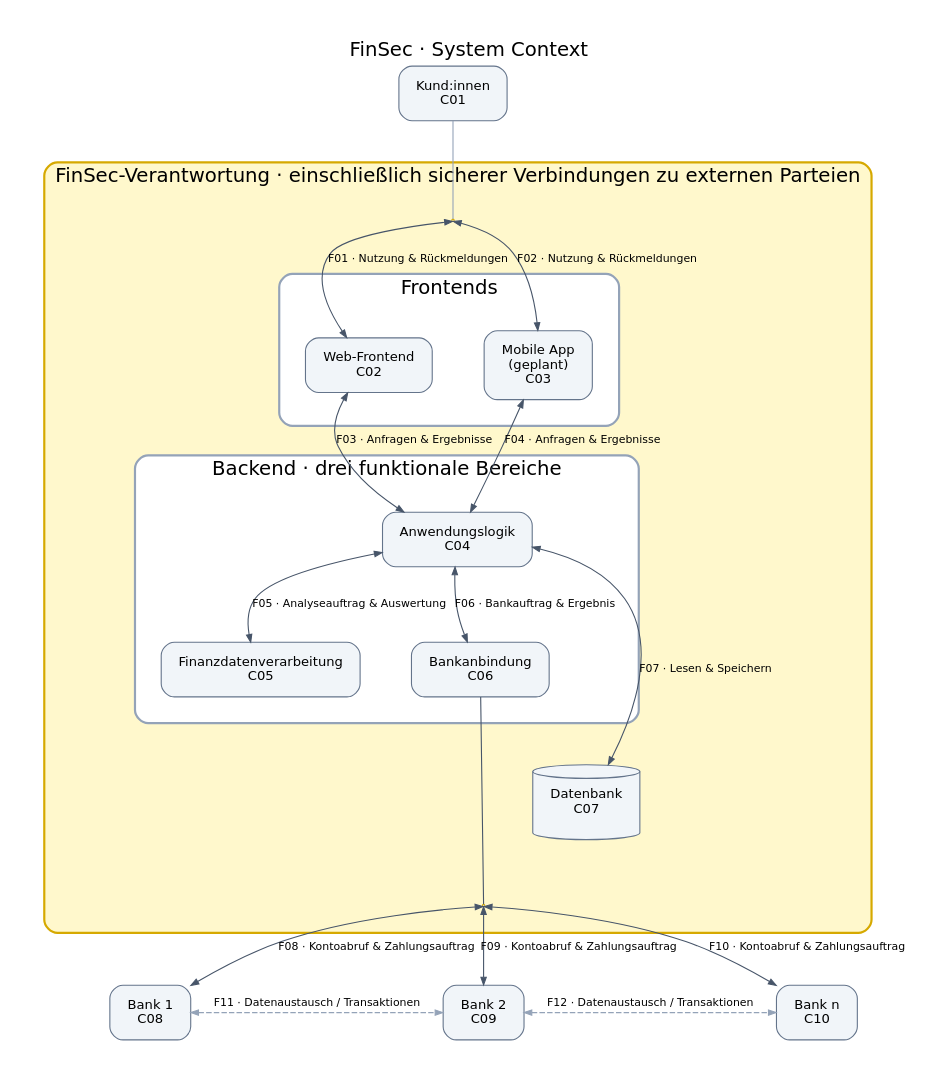
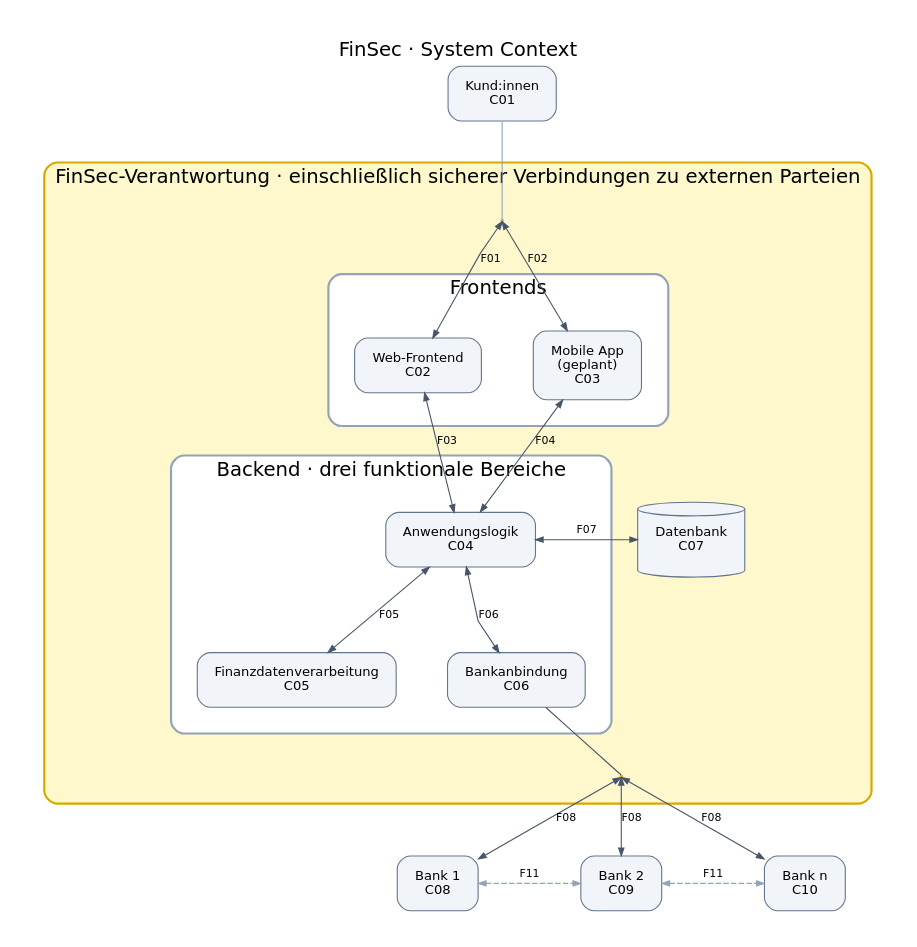
Before and after one commit to niklas9234/sichso_work: the diagram in finsec.formatted.dot, drawn with Graphviz. The commit also changed 5 other files, not shown here.

Commit message:
Simplify diagram flows and add linked Markdown component tables

```diff
--- a/finsec.formatted.dot
+++ b/finsec.formatted.dot
@@ -1,168 +1,173 @@
 digraph FinSec {
 	graph [bgcolor=white,
 		compound=true,
 		fontname="DejaVu Sans",
 		fontsize=18,
 		label="FinSec · System Context",
 		labelloc=t,
+		newrank=true,
 		nodesep=0.65,
 		pad=0.35,
 		rankdir=TB,
-		ranksep=0.8
+		ranksep=0.8,
+		splines=polyline
 	];
 	node [color="#64748b",
 		fillcolor="#f1f5f9",
 		fontname="DejaVu Sans",
 		fontsize=12,
 		label="\N",
 		margin="0.22,0.16",
 		shape=box,
 		style="rounded,filled",
 		target=_top
 	];
 	edge [arrowsize=0.7,
 		color="#475569",
 		dir=both,
 		fontname="DejaVu Sans",
 		fontsize=10,
 		target=_top
 	];
 	{
 		graph [rank=same];
-		C08	[URL="System%20Context.html#description-C08",
+		C08	[URL="System%20Context.md#C08",
 			id=C08,
 			label="Bank 1\nC08",
 			tooltip="Bank 1 – Beschreibung"];
-		C09	[URL="System%20Context.html#description-C09",
+		C09	[URL="System%20Context.md#C09",
 			id=C09,
 			label="Bank 2\nC09",
 			tooltip="Bank 2 – Beschreibung"];
-		C10	[URL="System%20Context.html#description-C10",
+		C10	[URL="System%20Context.md#C10",
 			id=C10,
 			label="Bank n\nC10",
 			tooltip="Bank n – Beschreibung"];
 	}
 	subgraph cluster_responsibility {
 		graph [color="#d6a900",
 			fillcolor="#fff8cc",
 			label="FinSec-Verantwortung · einschließlich sicherer Verbindungen zu externen Parteien",
 			margin=24,
 			penwidth=2,
 			style="rounded,filled"
 		];
+		{
+			graph [rank=same];
+			C04	[URL="System%20Context.md#C04",
+				id=C04,
+				label="Anwendungslogik\nC04",
+				tooltip="Anwendungslogik – Beschreibung"];
+			C07	[URL="System%20Context.md#C07",
+				id=C07,
+				label="Datenbank\nC07",
+				shape=cylinder,
+				tooltip="Datenbank – Beschreibung"];
+		}
 		subgraph cluster_frontends {
 			graph [color="#94a3b8",
 				fillcolor="#ffffff",
 				label=Frontends
 			];
 			{
 				graph [rank=same];
-				C02	[URL="System%20Context.html#description-C02",
+				C02	[URL="System%20Context.md#C02",
 					id=C02,
 					label="Web-Frontend\nC02",
 					tooltip="Web-Frontend – Beschreibung"];
-				C03	[URL="System%20Context.html#description-C03",
+				C03	[URL="System%20Context.md#C03",
 					id=C03,
 					label="Mobile App\n(geplant)\nC03",
 					tooltip="Mobile App (geplant) – Beschreibung"];
 			}
 		}
 		subgraph cluster_backend {
 			graph [color="#94a3b8",
 				fillcolor="#ffffff",
 				label="Backend · drei funktionale Bereiche"
 			];
 			{
 				graph [rank=same];
-				C05	[URL="System%20Context.html#description-C05",
+				C05	[URL="System%20Context.md#C05",
 					id=C05,
 					label="Finanzdatenverarbeitung\nC05",
 					tooltip="Finanzdatenverarbeitung – Beschreibung"];
-				C06	[URL="System%20Context.html#description-C06",
+				C06	[URL="System%20Context.md#C06",
 					id=C06,
 					label="Bankanbindung\nC06",
 					tooltip="Bankanbindung – Beschreibung"];
 			}
-			C04	[URL="System%20Context.html#description-C04",
-				id=C04,
-				label="Anwendungslogik\nC04",
-				tooltip="Anwendungslogik – Beschreibung"];
-			C04 -> C05	[URL="System%20Context.html#description-F05",
+			C04;
+			C04 -> C05	[URL="System%20Context.md#F05",
 				id=F05,
-				label="F05 · Analyseauftrag & Auswertung",
+				label=F05,
 				tooltip="F05: Analyseauftrag & Auswertung"];
-			C04 -> C06	[URL="System%20Context.html#description-F06",
+			C04 -> C06	[URL="System%20Context.md#F06",
 				id=F06,
-				label="F06 · Bankauftrag & Ergebnis",
+				label=F06,
 				tooltip="F06: Bankauftrag & Ergebnis"];
 		}
-		C02 -> C04	[URL="System%20Context.html#description-F03",
+		C02 -> C04	[URL="System%20Context.md#F03",
 			id=F03,
-			label="F03 · Anfragen & Ergebnisse",
+			label=F03,
 			tooltip="F03: Anfragen & Ergebnisse"];
-		C03 -> C04	[URL="System%20Context.html#description-F04",
+		C03 -> C04	[URL="System%20Context.md#F04",
 			id=F04,
-			label="F04 · Anfragen & Ergebnisse",
+			label=F04,
 			tooltip="F04: Anfragen & Ergebnisse"];
-		C07	[URL="System%20Context.html#description-C07",
-			id=C07,
-			label="Datenbank\nC07",
-			shape=cylinder,
-			tooltip="Datenbank – Beschreibung"];
-		C04 -> C07	[URL="System%20Context.html#description-F07",
+		C04 -> C07	[URL="System%20Context.md#F07",
 			id=F07,
-			label="F07 · Lesen & Speichern",
+			label=F07,
 			tooltip="F07: Lesen & Speichern"];
-		C06 -> C07	[style=invis];
 		bank_link	[color="#d6a900",
 			label="",
 			shape=point,
 			width=0.03];
 		C06 -> bank_link	[dir=none];
 		C07 -> bank_link	[style=invis];
 		client_link	[color="#d6a900",
 			label="",
 			shape=point,
 			width=0.03];
-		client_link -> C02	[URL="System%20Context.html#description-F01",
+		client_link -> C02	[URL="System%20Context.md#F01",
 			id=F01,
-			label="F01 · Nutzung & Rückmeldungen",
+			label=F01,
 			tooltip="F01: Nutzung & Rückmeldungen"];
-		client_link -> C03	[URL="System%20Context.html#description-F02",
+		client_link -> C03	[URL="System%20Context.md#F02",
 			id=F02,
-			label="F02 · Nutzung & Rückmeldungen",
+			label=F02,
 			tooltip="F02: Nutzung & Rückmeldungen"];
 	}
-	C01	[URL="System%20Context.html#description-C01",
+	C01	[URL="System%20Context.md#C01",
 		id=C01,
 		label="Kund:innen\nC01",
 		tooltip="Kund:innen – Beschreibung"];
 	C01 -> client_link	[color="#94a3b8",
 		dir=none];
-	C08 -> C09	[URL="System%20Context.html#description-F11",
+	C08 -> C09	[URL="System%20Context.md#F11",
 		color="#94a3b8",
 		constraint=false,
 		id=F11,
-		label="F11 · Datenaustausch / Transaktionen",
+		label=F11,
 		style=dashed,
 		tooltip="F11: Datenaustausch / Transaktionen"];
-	C09 -> C10	[URL="System%20Context.html#description-F12",
+	C09 -> C10	[URL="System%20Context.md#F11",
 		color="#94a3b8",
 		constraint=false,
-		id=F12,
-		label="F12 · Datenaustausch / Transaktionen",
+		id="F11-C10",
+		label=F11,
 		style=dashed,
-		tooltip="F12: Datenaustausch / Transaktionen"];
-	bank_link -> C08	[URL="System%20Context.html#description-F08",
+		tooltip="F11: Datenaustausch / Transaktionen"];
+	bank_link -> C08	[URL="System%20Context.md#F08",
 		id=F08,
-		label="F08 · Kontoabruf & Zahlungsauftrag",
+		label=F08,
 		tooltip="F08: Kontoabruf & Zahlungsauftrag"];
-	bank_link -> C09	[URL="System%20Context.html#description-F09",
-		id=F09,
-		label="F09 · Kontoabruf & Zahlungsauftrag",
-		tooltip="F09: Kontoabruf & Zahlungsauftrag"];
-	bank_link -> C10	[URL="System%20Context.html#description-F10",
-		id=F10,
-		label="F10 · Kontoabruf & Zahlungsauftrag",
-		tooltip="F10: Kontoabruf & Zahlungsauftrag"];
+	bank_link -> C09	[URL="System%20Context.md#F08",
+		id="F08-C09",
+		label=F08,
+		tooltip="F08: Kontoabruf & Zahlungsauftrag"];
+	bank_link -> C10	[URL="System%20Context.md#F08",
+		id="F08-C10",
+		label=F08,
+		tooltip="F08: Kontoabruf & Zahlungsauftrag"];
 }
```
